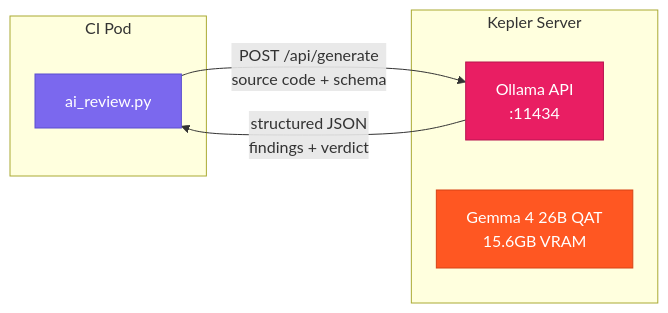
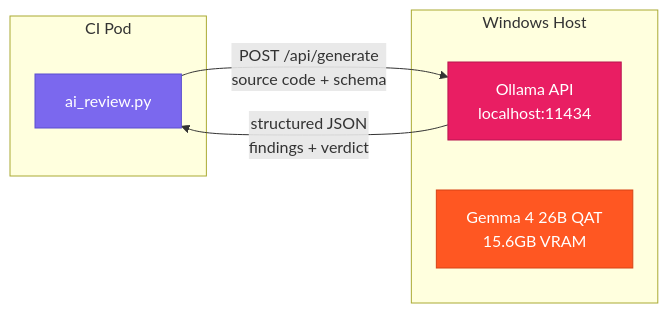
One commit to scarolan/harness-demo changed the third of 4 diagrams in docs/ARCHITECTURE.md. Above: the diagram before and after it, drawn with Mermaid. The commit also changed other lines of this file and 5 other files, not shown here.

First line of the commit message:
Standardize on Rancher Desktop and localhost Ollama

````diff
--- a/docs/ARCHITECTURE.md
+++ b/docs/ARCHITECTURE.md
@@ -143,17 +150,17 @@
 ```mermaid
 graph LR
     subgraph CI Pod
         SCRIPT[ai_review.py]
     end
-    subgraph Kepler Server
-        OLLAMA[Ollama API<br/>:11434]
+    subgraph Windows Host
+        OLLAMA[Ollama API<br/>localhost:11434]
         GEMMA[Gemma 4 26B QAT<br/>15.6GB VRAM]
     end
 
     SCRIPT -->|POST /api/generate<br/>source code + schema| OLLAMA
     OLLAMA -->|structured JSON<br/>findings + verdict| SCRIPT
 
     style SCRIPT fill:#7b68ee,stroke:#5a4fcf,color:#fff
     style OLLAMA fill:#e91e63,stroke:#b71550,color:#fff
     style GEMMA fill:#ff5722,stroke:#d84315,color:#fff
 ```
````
